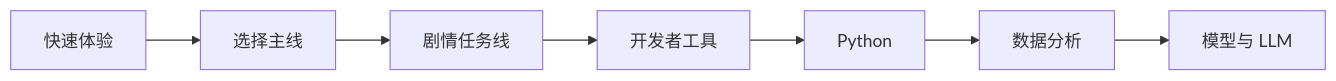
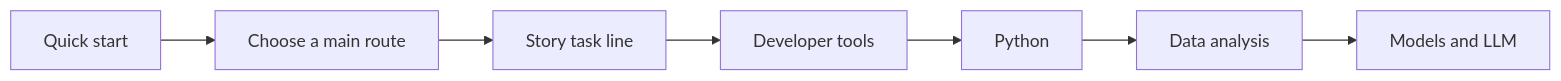
The second of 2 diagrams in docs/intro/beginner-friendly-guide.md (oudbiao/AI-fullstack-course), drawn with Mermaid before and after one commit. The commit also changed other lines of this file and 1406 other files, not shown here.

````diff
--- a/docs/intro/beginner-friendly-guide.md
+++ b/docs/intro/beginner-friendly-guide.md
@@ -136,9 +136,9 @@
 ```mermaid
 flowchart LR
-  A[快速体验] --> B[选择主线]
-  B --> C[剧情任务线]
-  C --> D[开发者工具]
+  A[Quick start] --> B[Choose a main route]
+  B --> C[Story task line]
+  C --> D[Developer tools]
   D --> E[Python]
-  E --> F[数据分析]
-  F --> G[模型与 LLM]
+  E --> F[Data analysis]
+  F --> G[Models and LLM]
 ```
````
